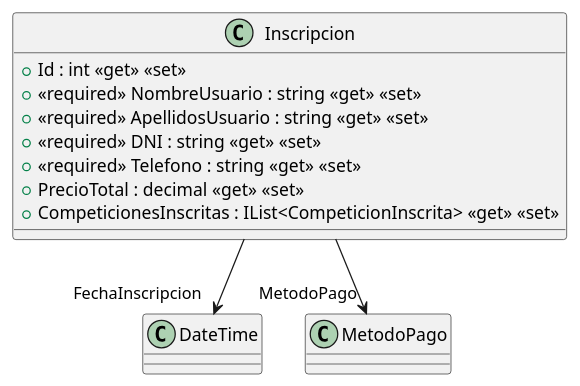
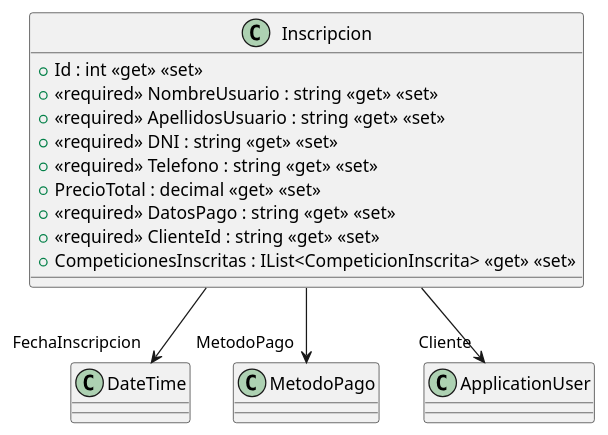
The diagram in src/AppForSEII.API/ClassDiagram/Models/Inscripcion.puml (2026-27AstonMartin/ISII2627AstonMartin), drawn with PlantUML before and after one commit. The commit also changed 6 other files, not shown here.

First line of the commit message:
Completar Inscripcion con los datos del pago y el cliente

```diff
--- a/src/AppForSEII.API/ClassDiagram/Models/Inscripcion.puml
+++ b/src/AppForSEII.API/ClassDiagram/Models/Inscripcion.puml
@@ -1,13 +1,16 @@
 @startuml
 class Inscripcion {
     + Id : int <<get>> <<set>>
     + <<required>> NombreUsuario : string <<get>> <<set>>
     + <<required>> ApellidosUsuario : string <<get>> <<set>>
     + <<required>> DNI : string <<get>> <<set>>
     + <<required>> Telefono : string <<get>> <<set>>
     + PrecioTotal : decimal <<get>> <<set>>
+    + <<required>> DatosPago : string <<get>> <<set>>
+    + <<required>> ClienteId : string <<get>> <<set>>
     + CompeticionesInscritas : IList<CompeticionInscrita> <<get>> <<set>>
 }
 Inscripcion --> "FechaInscripcion" DateTime
 Inscripcion --> "MetodoPago" MetodoPago
+Inscripcion --> "Cliente" ApplicationUser
 @enduml
```
